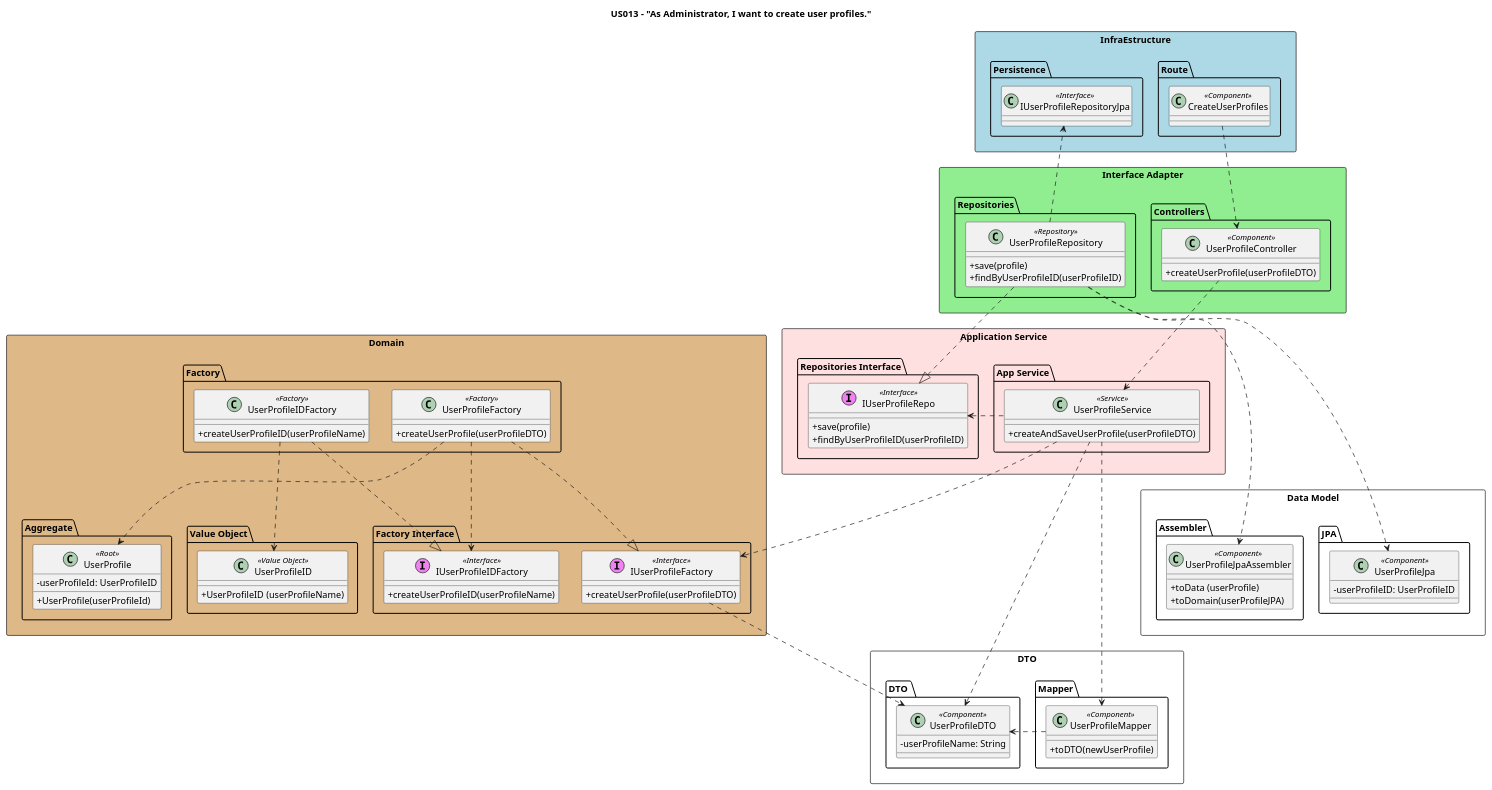
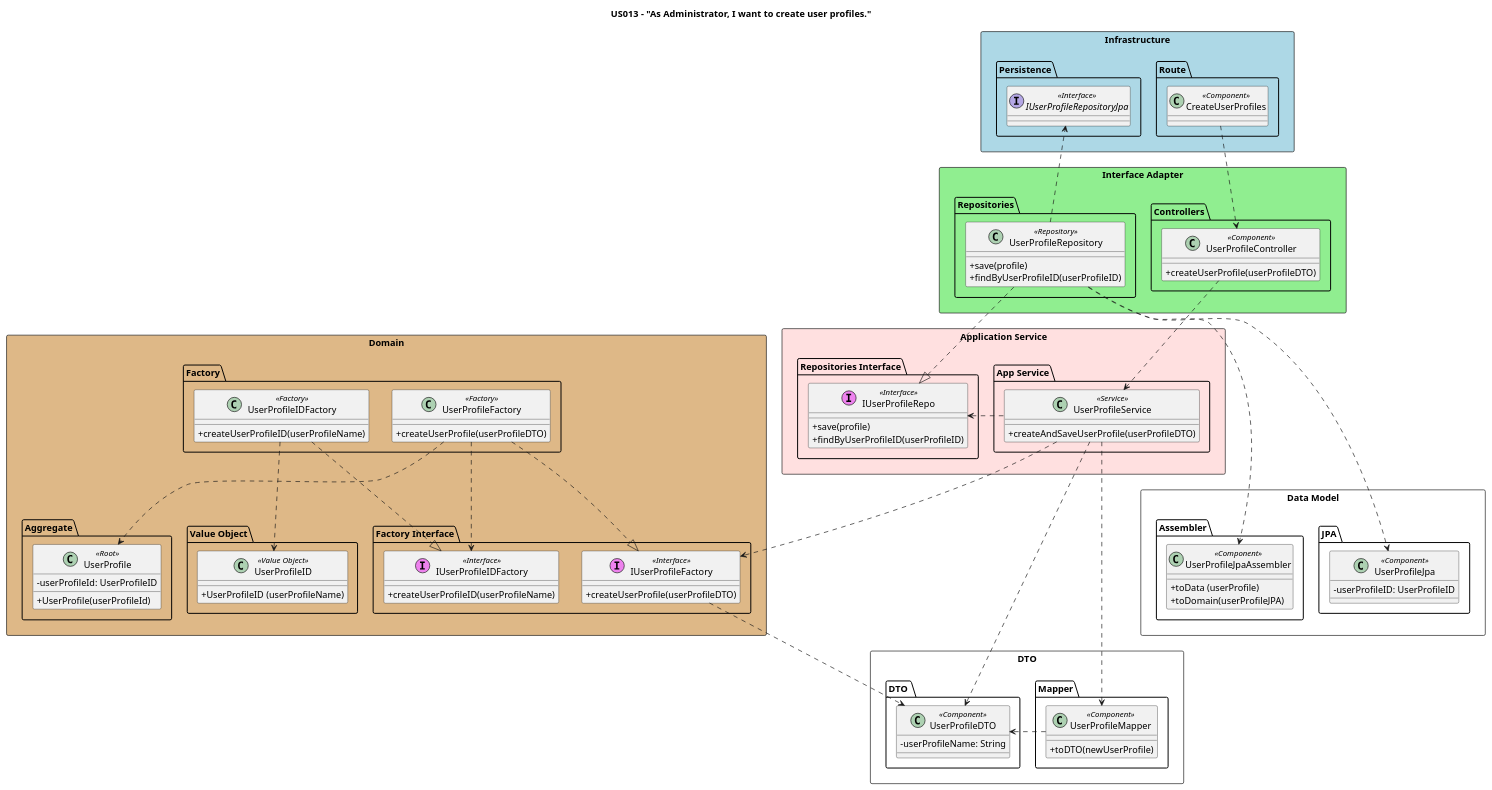
The diagram in docs/Sprint1/US013/US13-CD.puml (nunogon1211787/projectManagement), drawn with PlantUML before and after one commit. The commit also changed 8 other files, not shown here.

```diff
--- a/docs/Sprint1/US013/US13-CD.puml
+++ b/docs/Sprint1/US013/US13-CD.puml
@@ -1,143 +1,143 @@
 @startuml
 
 skinparam classAttributeIconSize 0
 
 title US013 - "As Administrator, I want to create user profiles."
 
-package "InfraEstructure" <<Rectangle>> #lightblue {
+package "Infrastructure" <<Rectangle>> #lightblue {
 package "Route"{
     class "CreateUserProfiles" as route <<Component>>
     }
 
     package "Persistence" {
-    class "IUserProfileRepositoryJpa" as jpa <<Interface>>
+    interface "IUserProfileRepositoryJpa" as jpa <<Interface>>
     }
 }
 
 
 
 package "Interface Adapter" <<Rectangle>> #lightgreen{
 package "Controllers" <<Folder>>{
     class "UserProfileController" as ctrl <<Component>>{
      +createUserProfile(userProfileDTO)
     }
     }
 
 
     package "Repositories" <<Folder>>{
     class "UserProfileRepository" as uRepo <<Repository>>{
     +save(profile)
     +findByUserProfileID(userProfileID)
 
     }
 }
 }
 
 package "DTO" <<Rectangle>>  {
 
 package "DTO " {
     class "UserProfileDTO" as dto <<Component>> {
     -userProfileName: String
     }
 }
 
 
 package "Mapper"{
     class "UserProfileMapper" as mapper <<Component>> {
     +toDTO(newUserProfile)
     }
 }
 
 }
 
 
 
 
 package "Application Service"<<Rectangle>> #implementation {
     package "App Service" {
         class "UserProfileService" as service <<Service>>{
         +createAndSaveUserProfile(userProfileDTO)
         }
     }
     package "Repositories Interface" {
         class "IUserProfileRepo" as iUserProfileRepo <<(I, Violet) Interface>> {
              +save(profile)
              +findByUserProfileID(userProfileID)
         }
 
     }
 
 
 }
 
 package "Domain" <<Rectangle>>#burlywood  {
     package "Factory" {
         class "UserProfileFactory" as userProfileFactory <<Factory>> {
         +createUserProfile(userProfileDTO)
         }
 
         class "UserProfileIDFactory" as userProfileIDFactory <<Factory>> {
         +createUserProfileID(userProfileName)
         }
 
     }
 
       package "Factory Interface" as factoryInterface <<Folder>>{
 
           class "IUserProfileIDFactory" as iUserProfileIDFactory <<(I, Violet) Interface>> {
                 +createUserProfileID(userProfileName)
                 }
 
           class "IUserProfileFactory" as iUserProfileFactory <<(I, Violet) Interface>> {
                  +createUserProfile(userProfileDTO)
                  }
       }
 
 
     package "Aggregate" {
         class "UserProfile" as userProfile <<Root>>{
          -userProfileId: UserProfileID
          +UserProfile(userProfileId)
         }
     }
     package "Value Object"  {
         class "UserProfileID" as userProfileID <<Value Object>>{
         +UserProfileID (userProfileName)
         }
     }
 }
 
     package "Data Model" <<Rectangle>>{
     package "Assembler" <<Folder>> {
         class "UserProfileJpaAssembler" as assemblerjpa <<Component>> {
         +toData (userProfile)
         +toDomain(userProfileJPA)
         }
      }
 
 
     package "JPA" <<Folder>> {
         class "UserProfileJpa" as UPjpa <<Component>> {
         -userProfileID: UserProfileID
         }
 
 route ..> ctrl
 ctrl ..> service
 uRepo ..|> iUserProfileRepo
 service .left.> iUserProfileRepo
 service ..> iUserProfileFactory
 service ...right.> dto
 service .down.> mapper
 userProfileFactory ..down|> iUserProfileFactory
 userProfileIDFactory ..down|> iUserProfileIDFactory
 userProfileFactory ..down> iUserProfileIDFactory
 userProfileFactory ..down> userProfile
 userProfileIDFactory ..down> userProfileID
 uRepo ...> assemblerjpa
 uRepo ...> UPjpa
 iUserProfileFactory..>dto
 mapper .right..> dto
 uRepo ..>jpa
 
 
 @enduml
```
